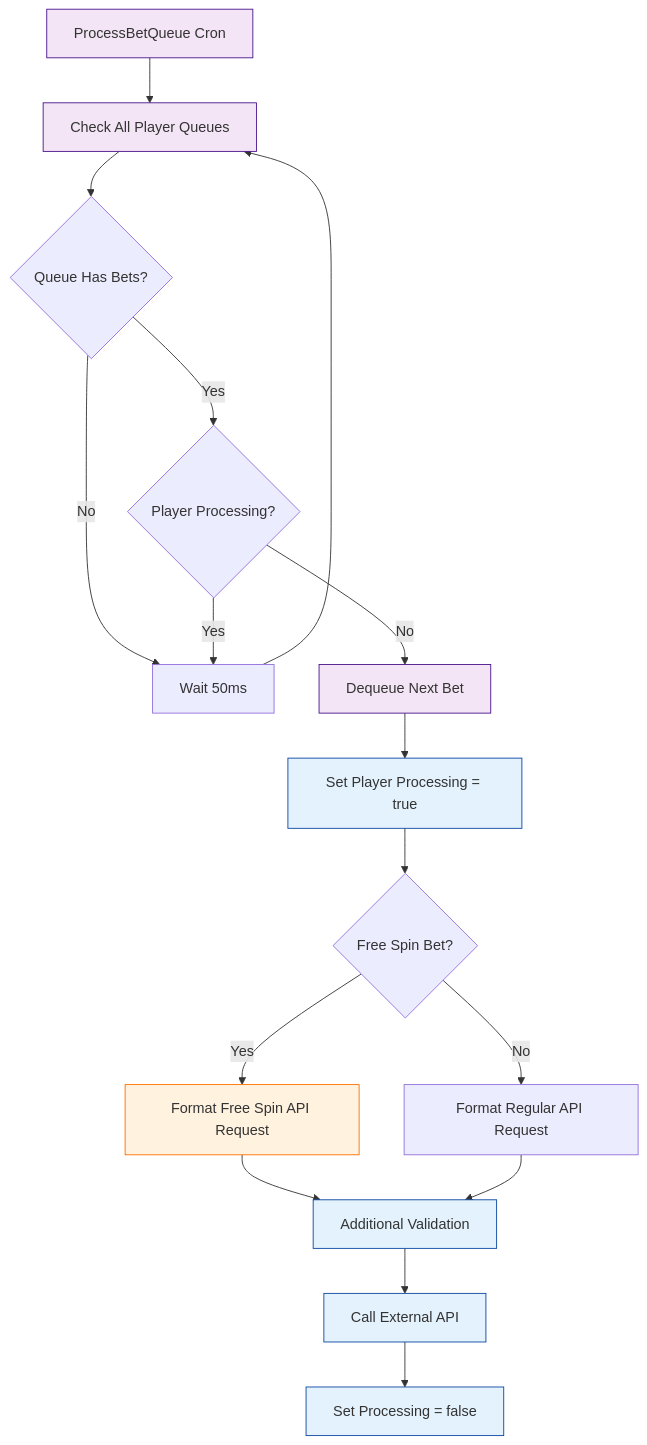
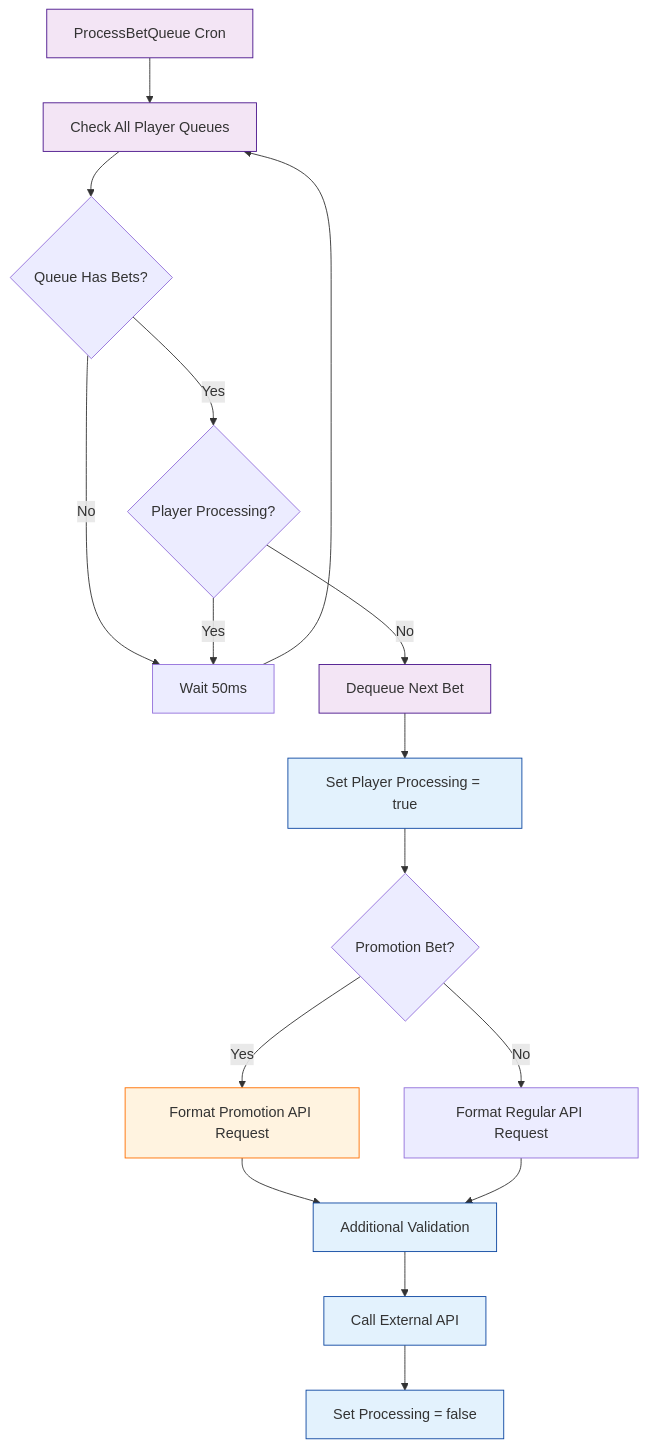
One commit to starixvn/l1_sc-packages_sc-game-base changed the seventh of 13 diagrams in diagrams/place-bet-flow-diagram.md. Above: the diagram before and after it, drawn with Mermaid. The commit also changed other lines of this file and 16 other files, not shown here.

````diff
--- a/diagrams/place-bet-flow-diagram.md
+++ b/diagrams/place-bet-flow-diagram.md
@@ -208,30 +208,30 @@
 ```mermaid
 flowchart TD
     QueueProcessor[ProcessBetQueue Cron] --> CheckQueues[Check All Player Queues]
     CheckQueues --> HasBets{Queue Has Bets?}
     HasBets -->|No| WaitLoop[Wait 50ms]
     WaitLoop --> CheckQueues
 
     HasBets -->|Yes| CheckProcessing{Player Processing?}
     CheckProcessing -->|Yes| WaitLoop
     CheckProcessing -->|No| DequeueBet[Dequeue Next Bet]
 
     DequeueBet --> SetProcessing[Set Player Processing = true]
-    SetProcessing --> CheckBetType{Free Spin Bet?}
+    SetProcessing --> CheckBetType{Promotion Bet?}
 
-    CheckBetType -->|Yes| FormatFreeSpinAPI[Format Free Spin API Request]
+    CheckBetType -->|Yes| FormatPromotionAPI[Format Promotion API Request]
     CheckBetType -->|No| FormatAPI[Format Regular API Request]
 
-    FormatFreeSpinAPI --> AdditionalValidation[Additional Validation]
+    FormatPromotionAPI --> AdditionalValidation[Additional Validation]
     FormatAPI --> AdditionalValidation
     AdditionalValidation --> APICall[Call External API]
     APICall --> ProcessComplete[Set Processing = false]
 
     classDef queueStyle fill:#f3e5f5,stroke:#4a148c
     classDef processStyle fill:#e3f2fd,stroke:#0d47a1
-    classDef freeSpinStyle fill:#fff3e0,stroke:#ff6f00
+    classDef promotionStyle fill:#fff3e0,stroke:#ff6f00
 
     class QueueProcessor,CheckQueues,DequeueBet queueStyle
     class SetProcessing,AdditionalValidation,APICall,ProcessComplete processStyle
-    class FormatFreeSpinAPI freeSpinStyle
+    class FormatPromotionAPI promotionStyle
 ```
````
